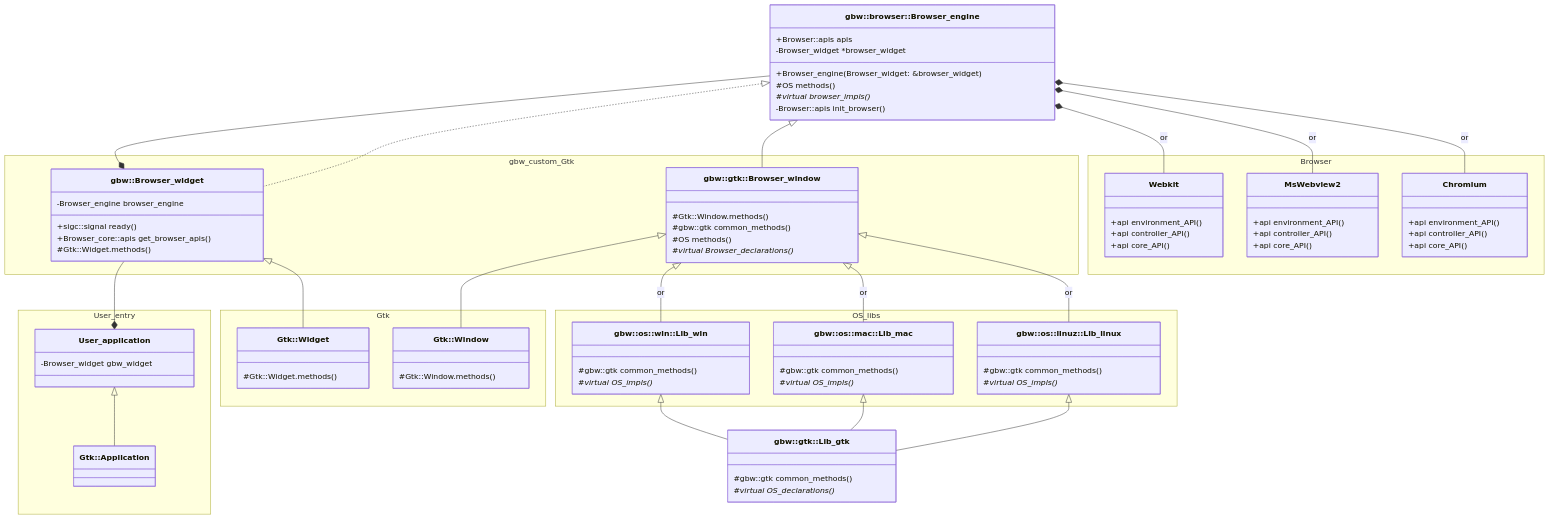
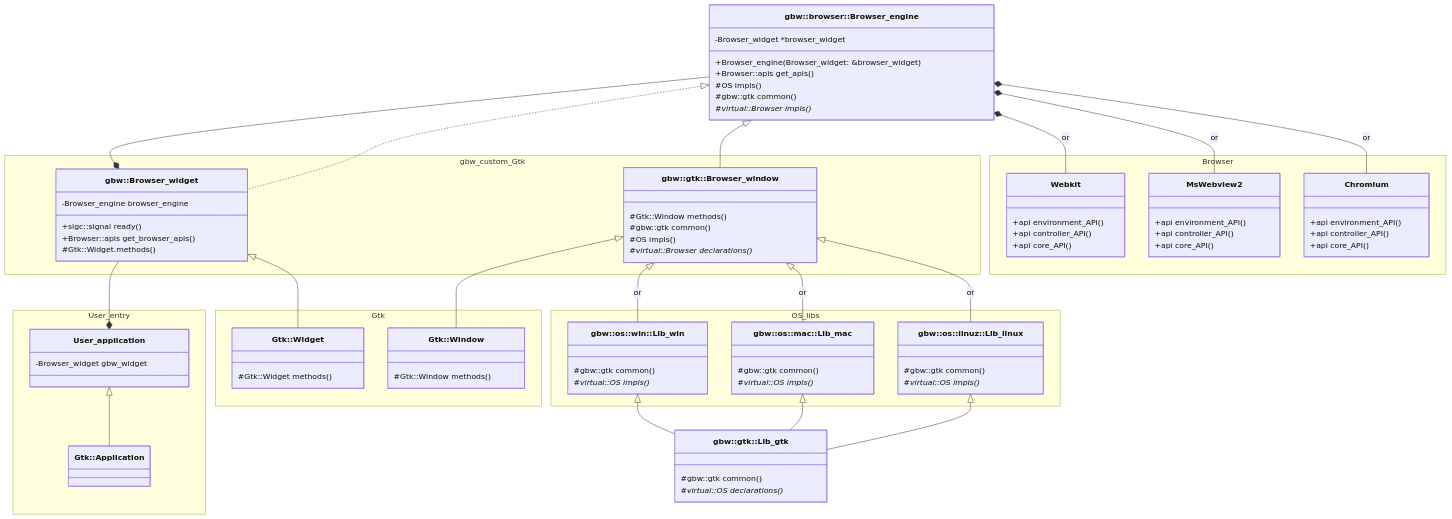
One commit to citkane/gtk-browser-widget changed the diagram in include/gtk/README.md. Above: the diagram before and after it, drawn with Mermaid.

Commit message:
Update class hierarchy

```diff
--- a/include/gtk/README.md
+++ b/include/gtk/README.md
@@ -16,57 +16,57 @@
     namespace gbw_custom_Gtk {
       class Browser_widget["gbw::Browser_widget"]{
           +sigc::signal ready()
-          +Browser_core::apis get_browser_apis()
+          +Browser::apis get_browser_apis()
           #Gtk::Widget.methods()
           -Browser_engine browser_engine
       }
 
       class Browser_window["gbw::gtk::Browser_window"]{
-        #Gtk::Window.methods()
-        #gbw::gtk common_methods()
-        #OS methods()
-        #virtual Browser_declarations()*
+        #Gtk::Window methods()
+        #gbw::gtk common()
+        #OS impls()
+        #virtual::Browser declarations()*
       }
     }
 
     class Browser_engine["gbw::browser::Browser_engine"]{
         +Browser_engine(Browser_widget: &browser_widget)
-        +Browser::apis apis
+        +Browser::apis get_apis()
 
-        #OS methods()
-        #virtual browser_impls()*
+        #OS impls()
+        #gbw::gtk common()
+        #virtual::Browser impls()*
         
-        -Browser::apis init_browser()
         -Browser_widget *browser_widget
         
     }
 
     class Lib_gtk["gbw::gtk::Lib_gtk"]{
-      #gbw::gtk common_methods()
-      #virtual OS_declarations()*
+      #gbw::gtk common()
+      #virtual::OS declarations()*
     }
 
     namespace OS_libs {
       class Lib_mac["gbw::os::mac::Lib_mac"]{
-        #gbw::gtk common_methods()
-        #virtual OS_impls()*
+        #gbw::gtk common()
+        #virtual::OS impls()*
       }
       class Lib_win["gbw::os::win::Lib_win"]{
-        #gbw::gtk common_methods()
-        #virtual OS_impls()*
+        #gbw::gtk common()
+        #virtual::OS impls()*
       }
       class Lib_linux["gbw::os::linuz::Lib_linux"]{
-        #gbw::gtk common_methods()
-        #virtual OS_impls()*
+        #gbw::gtk common()
+        #virtual::OS impls()*
       }
     }
 
     namespace Gtk {
       class Widget["Gtk::Widget"]{
-        #Gtk::Widget.methods()
+        #Gtk::Widget methods()
       }
       class Window["Gtk::Window"] {
-        #Gtk::Window.methods()
+        #Gtk::Window methods()
       }
     }
 
```
